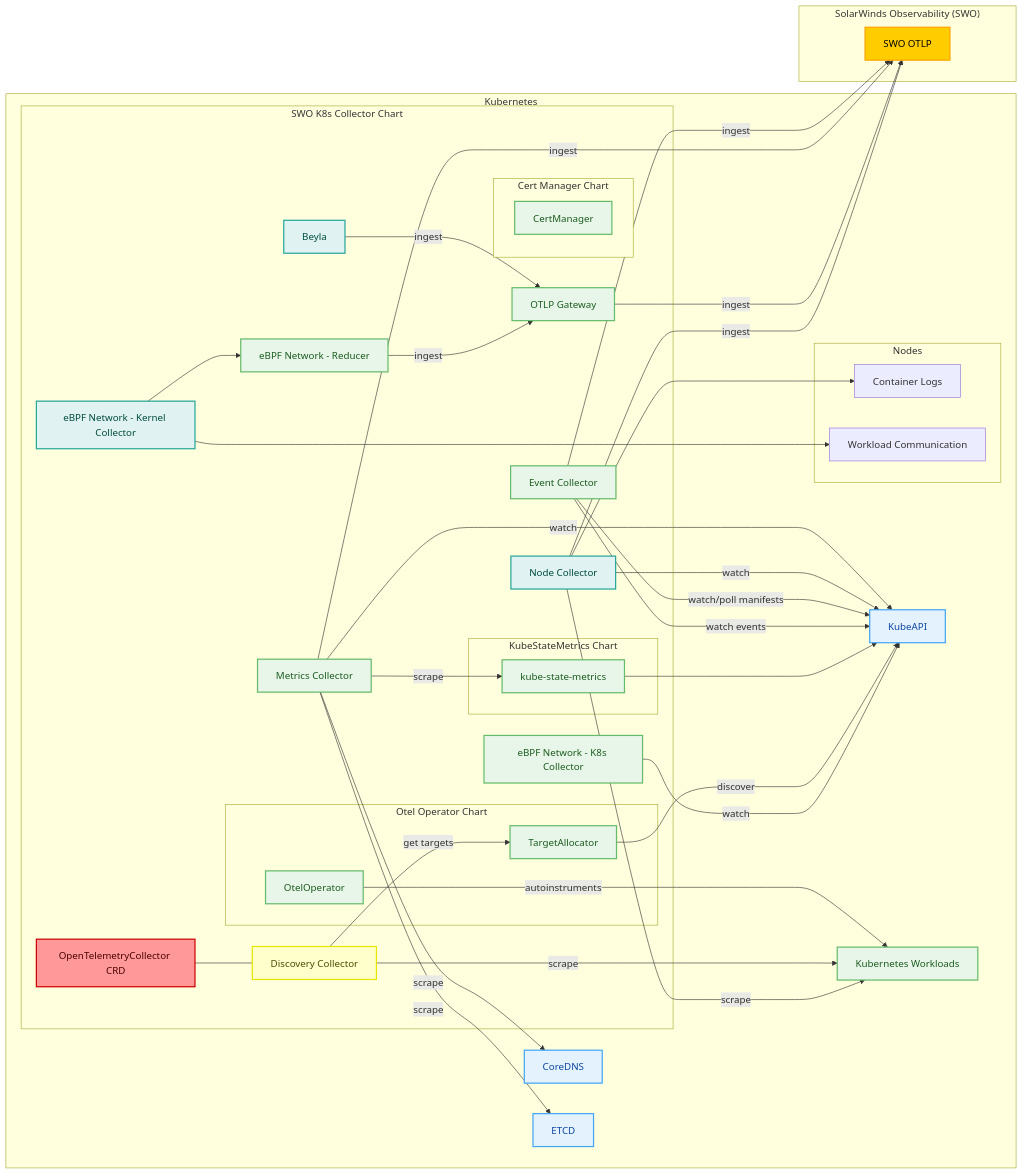
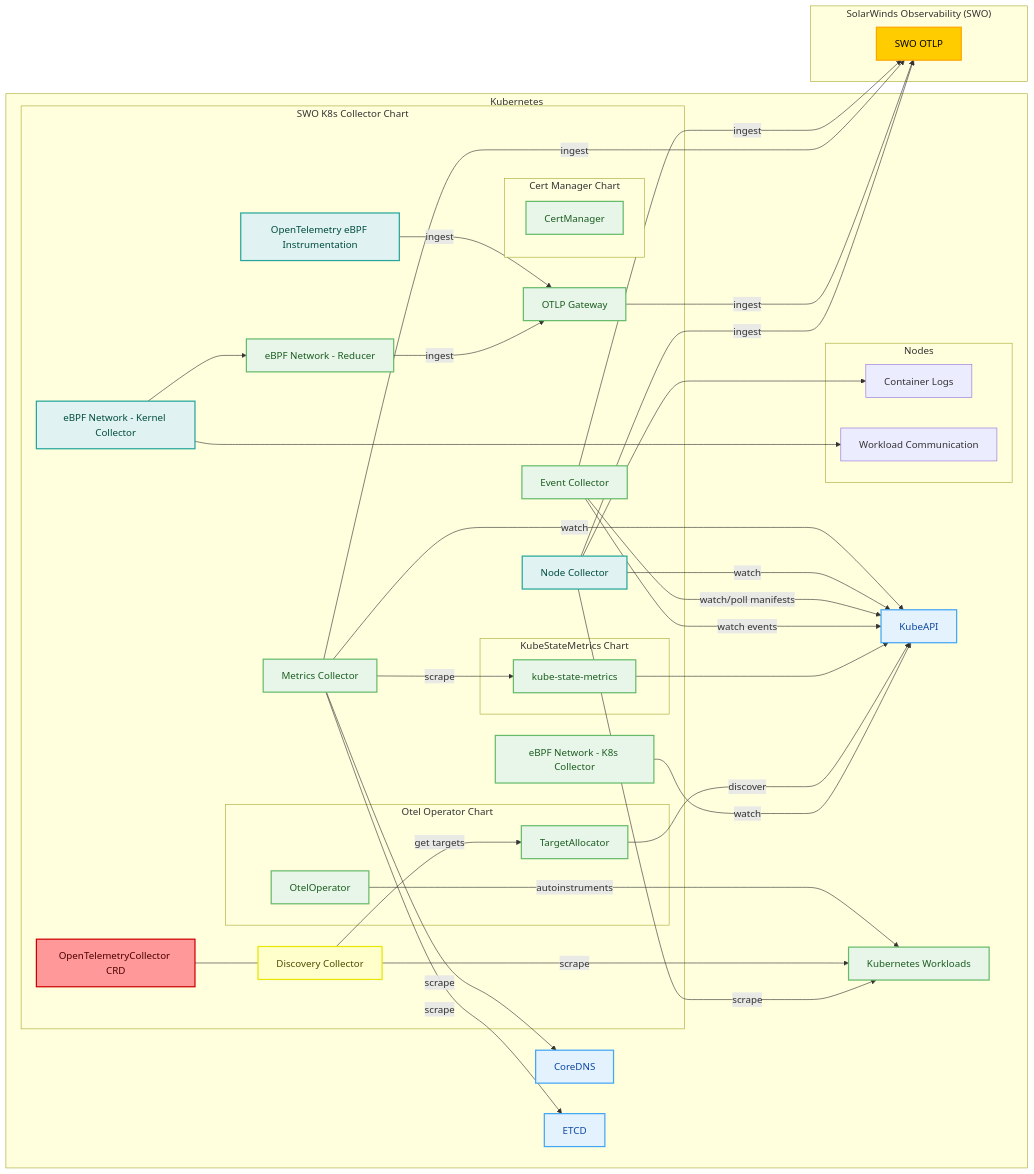
Before and after one commit to solarwinds/swi-k8s-opentelemetry-collector: the diagram in deploy/helm/README.md, drawn with Mermaid. The commit also changed 14 other files, not shown here.

Commit message:
Switch from the temporary usage of Beyla to OBI, now that it's out

```diff
--- a/deploy/helm/README.md
+++ b/deploy/helm/README.md
@@ -49,7 +49,7 @@
         Reducer["eBPF Network - Reducer"]:::deployment
         K8sCollector["eBPF Network - K8s Collector"]:::deployment
         KernelCollector["eBPF Network - Kernel Collector"]:::daemonset
-        Beyla["Beyla"]:::daemonset
+        OBI["OpenTelemetry eBPF Instrumentation"]:::daemonset
         Gateway["OTLP Gateway"]:::deployment
 
         NodeCollector["Node Collector"]:::daemonset
@@ -87,7 +87,7 @@
 
 %% Gateway connections
 Reducer --> |"ingest"| Gateway
-Beyla --> |"ingest"| Gateway
+OBI --> |"ingest"| Gateway
 Gateway --> |"ingest"| SWO_Interface
 
 MetricsCollector --> |"scrape"| KubeStateMetrics
```
